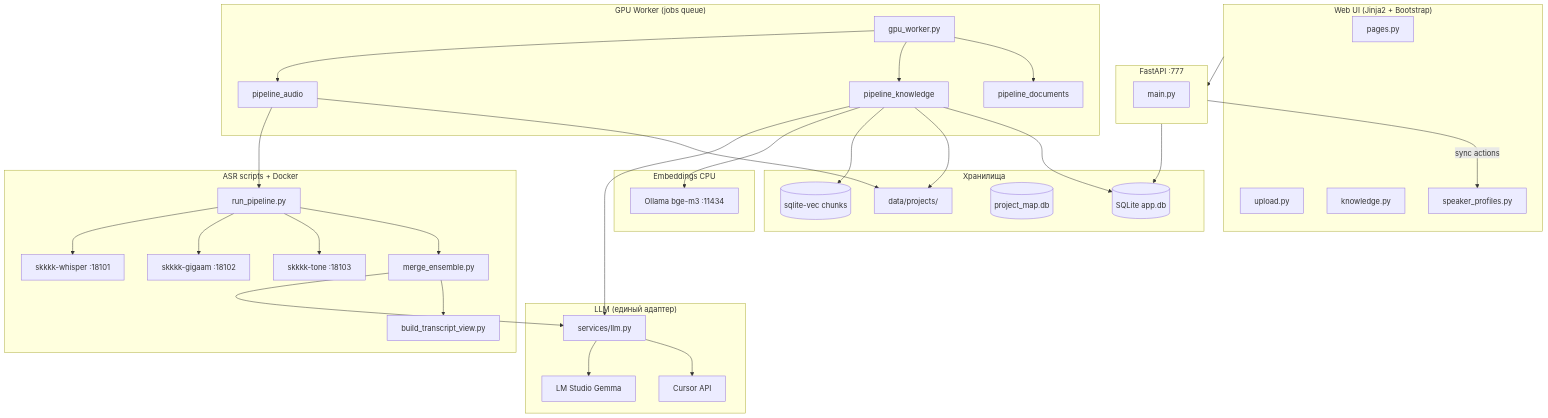
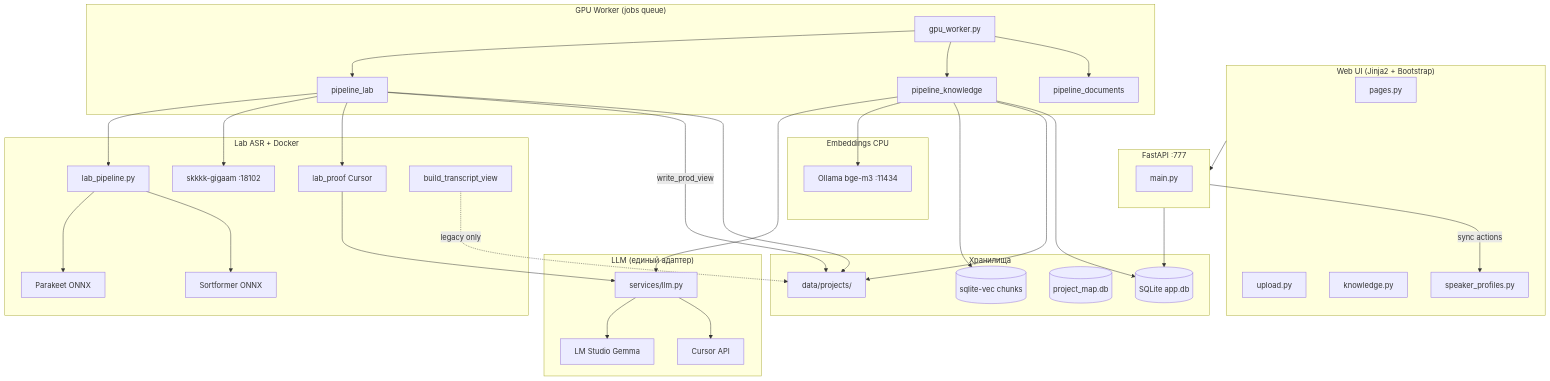
Before and after one commit to Avosya21/SKKKK: the first of 2 diagrams in docs/PROJECT-MAP.md, drawn with Mermaid. The commit also changed other lines of this file and 174 other files, not shown here.

First line of the commit message:
Зафиксировать рабочий контур эталона: lab ASR, имена, индекс и автосбор ТЗ.

````diff
--- a/docs/PROJECT-MAP.md
+++ b/docs/PROJECT-MAP.md
@@ -14,59 +17,61 @@
 ```mermaid
 flowchart TB
     subgraph UI["Web UI (Jinja2 + Bootstrap)"]
         Pages[pages.py]
         Upload[upload.py]
         Knowledge[knowledge.py]
         Speakers[speaker_profiles.py]
     end
 
     subgraph API["FastAPI :777"]
         Main[main.py]
     end
 
     subgraph Worker["GPU Worker (jobs queue)"]
         GW[gpu_worker.py]
-        PA[pipeline_audio]
+        PL[pipeline_lab]
         PK[pipeline_knowledge]
         PD[pipeline_documents]
     end
 
-    subgraph ASR["ASR scripts + Docker"]
-        RP[run_pipeline.py]
-        WH[skkkk-whisper :18101]
+    subgraph ASR["Lab ASR + Docker"]
+        LP[lab_pipeline.py]
+        PKT[Parakeet ONNX]
+        SF[Sortformer ONNX]
         GA[skkkk-gigaam :18102]
-        TO[skkkk-tone :18103]
-        ME[merge_ensemble.py]
-        BT[build_transcript_view.py]
+        PR[lab_proof Cursor]
+        BT[build_transcript_view]
     end
 
     subgraph LLM["LLM (единый адаптер)"]
         LLMsvc[services/llm.py]
         LS[LM Studio Gemma]
         CR[Cursor API]
     end
 
     subgraph Store["Хранилища"]
         DB[(SQLite app.db)]
         VEC[(sqlite-vec chunks)]
         PM[(project_map.db)]
         FS[data/projects/]
     end
 
     subgraph Embed["Embeddings CPU"]
         OL[Ollama bge-m3 :11434]
     end
 
     UI --> API
     API -->|sync actions| Speakers
     API --> DB
-    GW --> PA & PK & PD
-    PA --> RP --> WH & GA & TO
-    RP --> ME --> LLMsvc
-    ME --> BT
+    GW --> PL & PK & PD
+    PL --> LP --> PKT & SF
+    PL --> GA
+    PL --> PR --> LLMsvc
+    PL -->|write_prod_view| FS
+    BT -.->|legacy only| FS
     PK --> LLMsvc & OL
     PK --> VEC
     LLMsvc --> LS & CR
-    PA & PK --> FS
+    PL & PK --> FS
     PK --> DB
 ```
````
